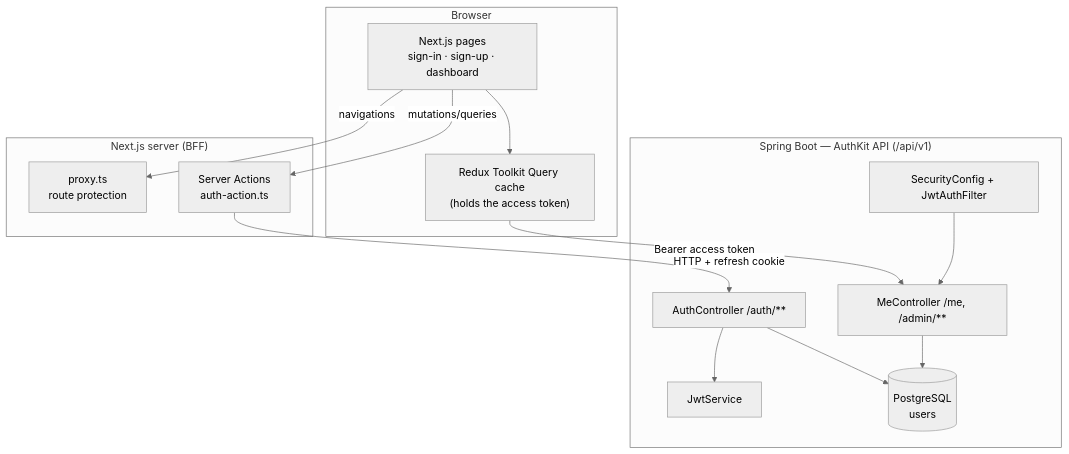
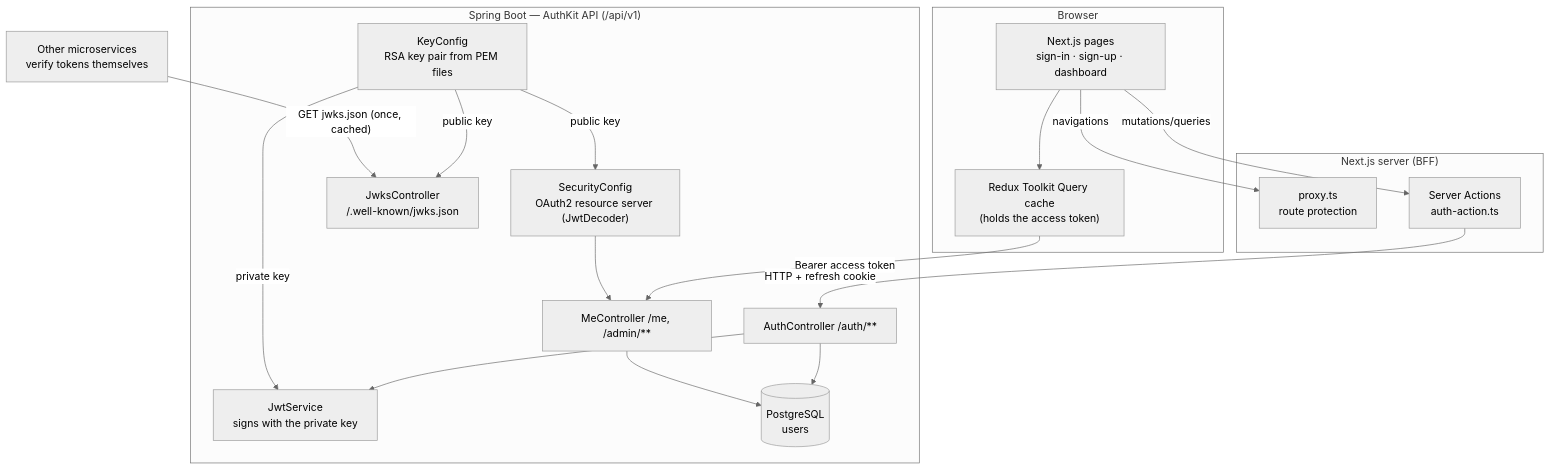
The first of 6 diagrams in docs/ARCHITECTURE.md (Umex10/authkit), drawn with Mermaid (neutral theme) before and after one commit. The commit also changed other lines of this file and 4 other files, not shown here.

First line of the commit message:
docs: describe the RS256 resource-server flow and the current tests

````diff
--- a/docs/ARCHITECTURE.md
+++ b/docs/ARCHITECTURE.md
@@ -11,30 +11,38 @@
 ```mermaid
 flowchart TB
     subgraph Browser
         UI["Next.js pages<br/>sign-in · sign-up · dashboard"]
         RTK["Redux Toolkit Query cache<br/>(holds the access token)"]
     end
 
     subgraph "Next.js server (BFF)"
         PROXY["proxy.ts<br/>route protection"]
         ACTIONS["Server Actions<br/>auth-action.ts"]
     end
 
     subgraph "Spring Boot — AuthKit API (/api/v1)"
-        SEC["SecurityConfig + JwtAuthFilter"]
+        SEC["SecurityConfig<br/>OAuth2 resource server (JwtDecoder)"]
         AUTH["AuthController /auth/**"]
         ME["MeController /me, /admin/**"]
-        JWT["JwtService"]
+        JWKS["JwksController<br/>/.well-known/jwks.json"]
+        JWT["JwtService<br/>signs with the private key"]
+        KEYS["KeyConfig<br/>RSA key pair from PEM files"]
         DB[("PostgreSQL<br/>users")]
     end
+
+    OTHER["Other microservices<br/>verify tokens themselves"]
 
     UI --> RTK
     UI -->|"navigations"| PROXY
     UI -->|"mutations/queries"| ACTIONS
     RTK -->|"Bearer access token"| ME
     ACTIONS -->|"HTTP + refresh cookie"| AUTH
     AUTH --> JWT
     AUTH --> DB
     SEC --> ME
     ME --> DB
+    KEYS -->|"private key"| JWT
+    KEYS -->|"public key"| SEC
+    KEYS -->|"public key"| JWKS
+    OTHER -->|"GET jwks.json (once, cached)"| JWKS
 ```
````
